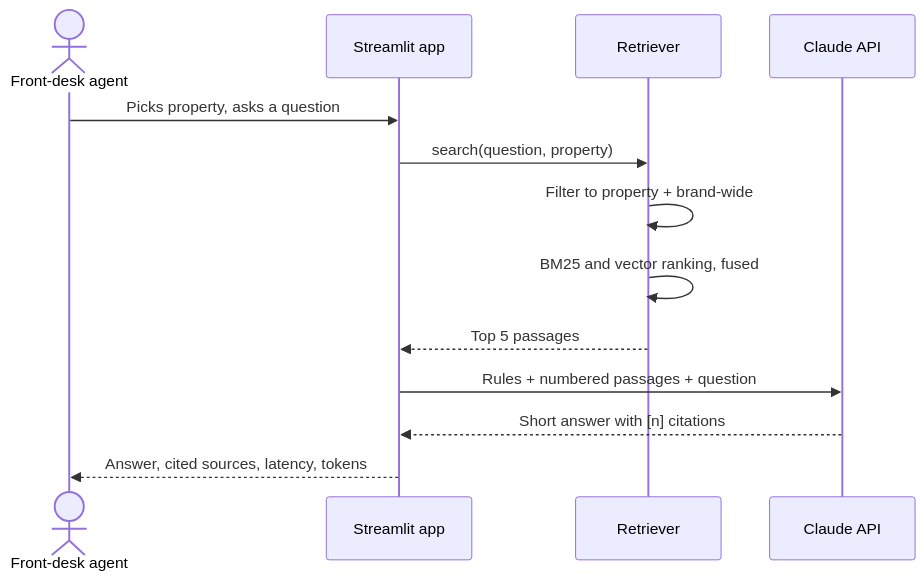
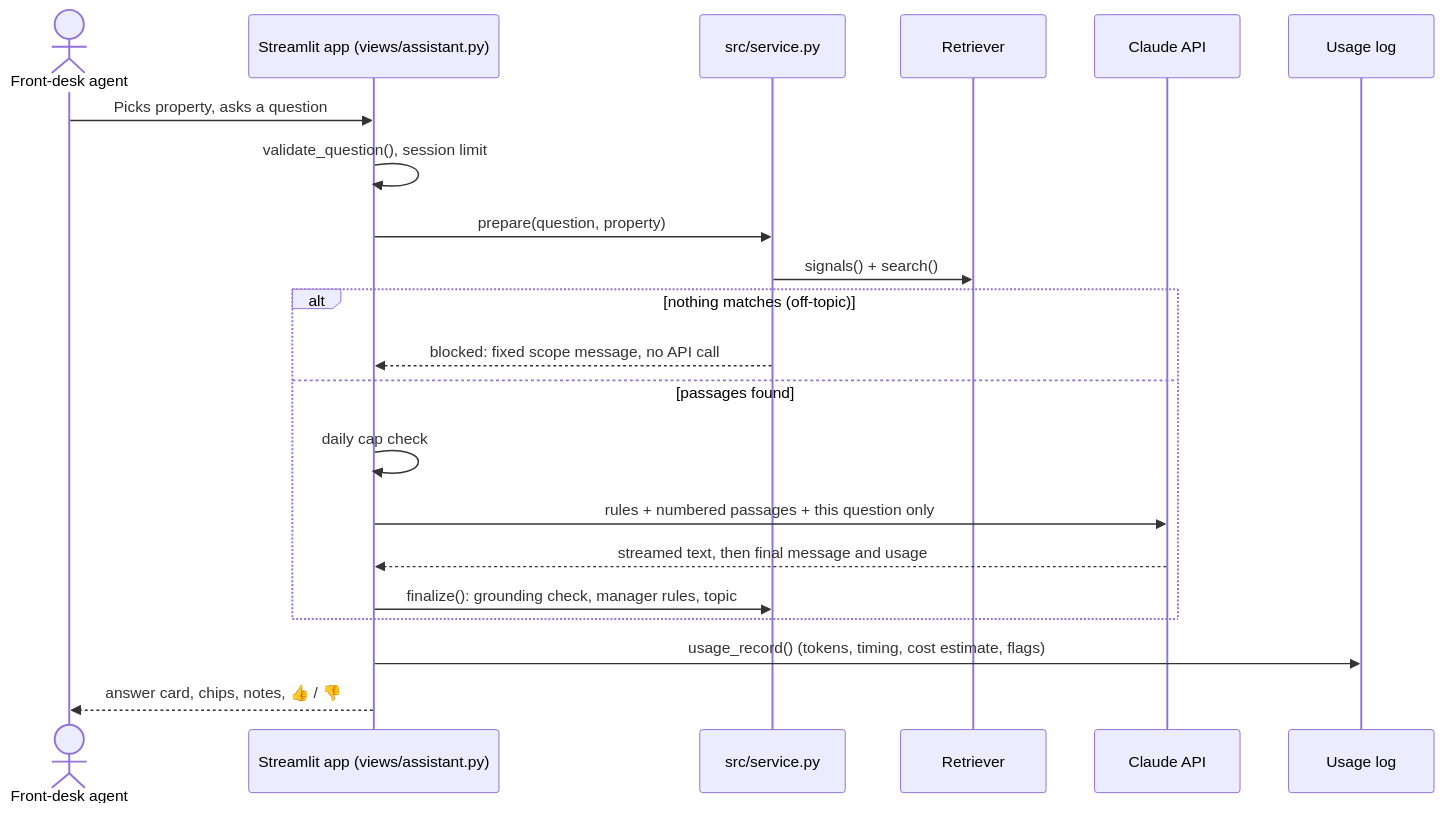
The second of 2 diagrams in docs/ARCHITECTURE.md (vamsialladev/hotel-ops-assistant), drawn with Mermaid before and after one commit. The commit also changed other lines of this file and 8 other files, not shown here.

Commit message:
docs: README, architecture, decisions 20-33, business case, security and demo script for 1.3.0

````diff
--- a/docs/ARCHITECTURE.md
+++ b/docs/ARCHITECTURE.md
@@ -24,15 +28,23 @@
 ```mermaid
 sequenceDiagram
     actor Staff as Front-desk agent
-    participant App as Streamlit app
+    participant App as Streamlit app (views/assistant.py)
+    participant Svc as src/service.py
     participant Search as Retriever
     participant LLM as Claude API
+    participant Log as Usage log
     Staff->>App: Picks property, asks a question
-    App->>Search: search(question, property)
-    Search->>Search: Filter to property + brand-wide
-    Search->>Search: BM25 and vector ranking, fused
-    Search-->>App: Top 5 passages
-    App->>LLM: Rules + numbered passages + question
-    LLM-->>App: Short answer with [n] citations
-    App-->>Staff: Answer, cited sources, latency, tokens
+    App->>App: validate_question(), session limit
+    App->>Svc: prepare(question, property)
+    Svc->>Search: signals() + search()
+    alt nothing matches (off-topic)
+        Svc-->>App: blocked: fixed scope message, no API call
+    else passages found
+        App->>App: daily cap check
+        App->>LLM: rules + numbered passages + this question only
+        LLM-->>App: streamed text, then final message and usage
+        App->>Svc: finalize(): grounding check, manager rules, topic
+    end
+    App->>Log: usage_record() (tokens, timing, cost estimate, flags)
+    App-->>Staff: answer card, chips, notes, 👍 / 👎
 ```
````
